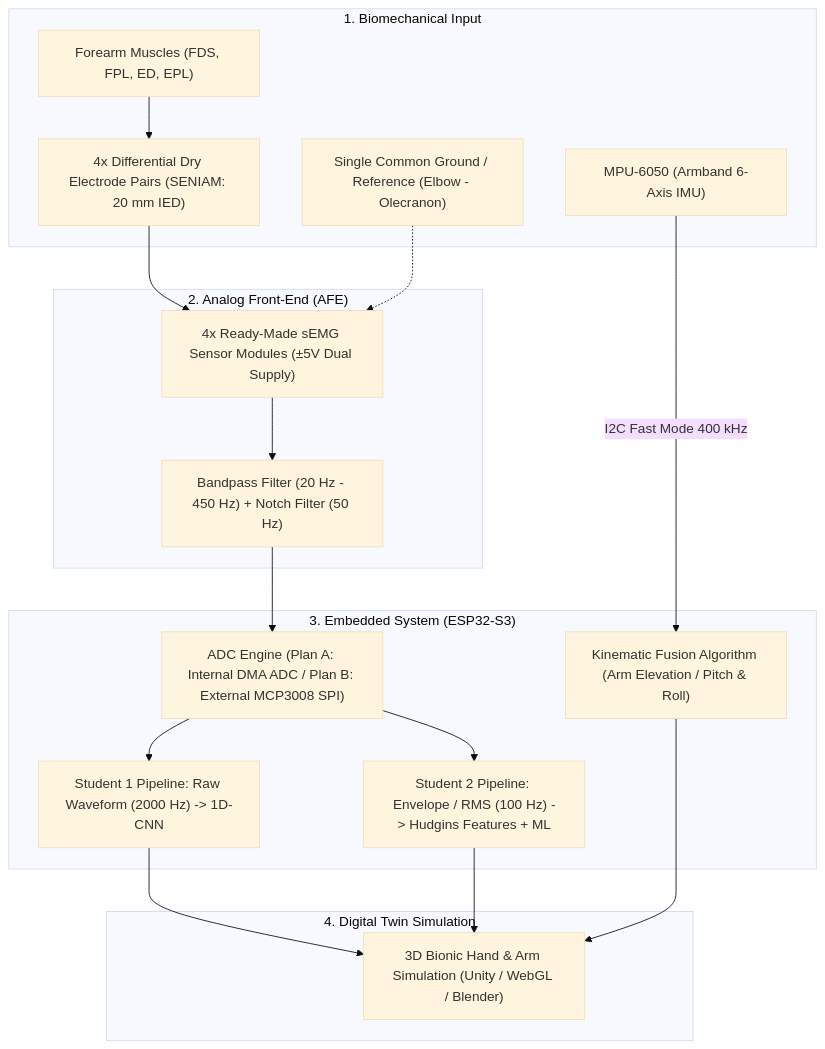
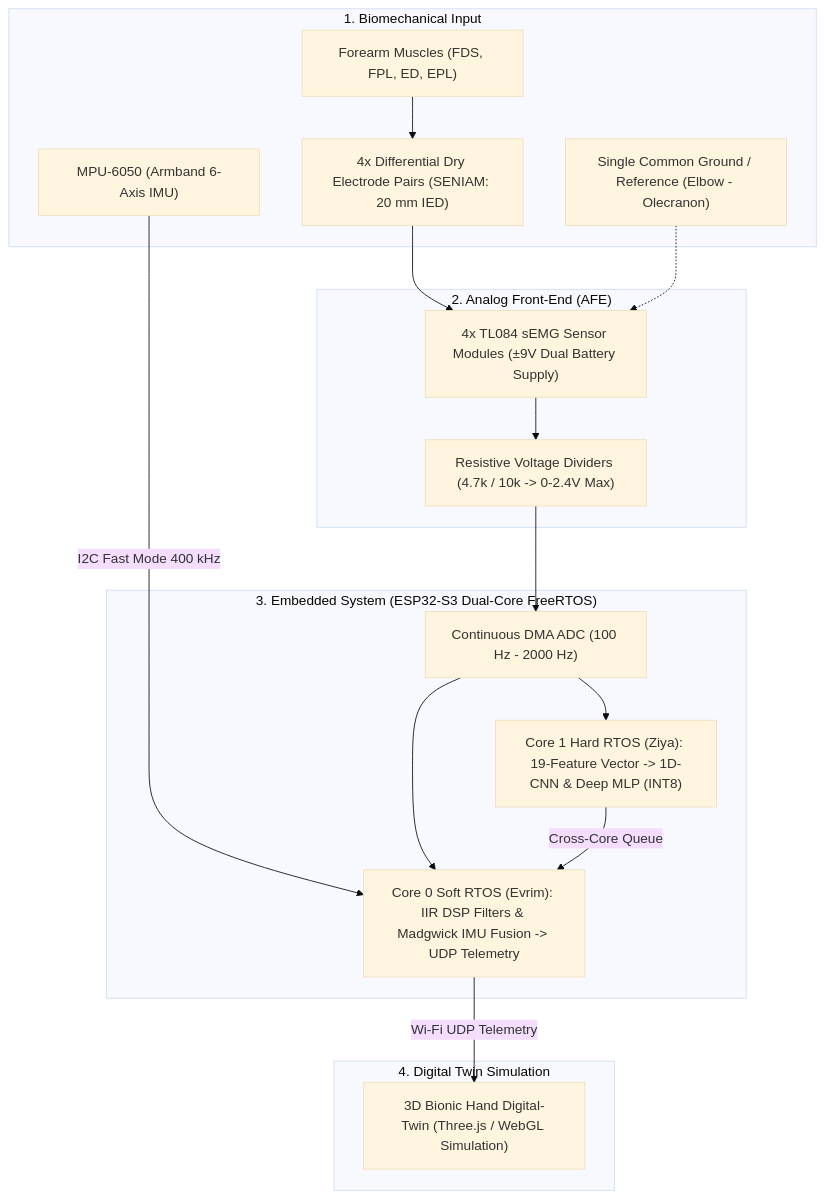
The diagram in README.md (nziyak/nuada-bionic-hand-tinyml), drawn with Mermaid (base theme) before and after one commit. The commit also changed other lines of this file, not shown here.

Commit message:
docs(readme): update system architecture diagram and repository tree to match final hardware/software implementation

````diff
--- a/README.md
+++ b/README.md
@@ -35,37 +35,35 @@
 ```mermaid
 graph TD
     subgraph INPUT_STAGE ["1. Biomechanical Input"]
         MUSCLE["Forearm Muscles (FDS, FPL, ED, EPL)"]
         DRY["4x Differential Dry Electrode Pairs (SENIAM: 20 mm IED)"]
         REF["Single Common Ground / Reference (Elbow - Olecranon)"]
         IMU_CHIP["MPU-6050 (Armband 6-Axis IMU)"]
     end
 
     subgraph AFE_STAGE ["2. Analog Front-End (AFE)"]
-        AMP["4x Ready-Made sEMG Sensor Modules (±5V Dual Supply)"]
-        FILTER["Bandpass Filter (20 Hz - 450 Hz) + Notch Filter (50 Hz)"]
+        AMP["4x TL084 sEMG Sensor Modules (±9V Dual Battery Supply)"]
+        DIVIDER["Resistive Voltage Dividers (4.7k / 10k -> 0-2.4V Max)"]
     end
 
-    subgraph MCU_STAGE ["3. Embedded System (ESP32-S3)"]
-        ADC_ENGINE["ADC Engine (Plan A: Internal DMA ADC / Plan B: External MCP3008 SPI)"]
-        RAW_PIPE["Student 1 Pipeline: Raw Waveform (2000 Hz) -> 1D-CNN"]
-        DSP_PIPE["Student 2 Pipeline: Envelope / RMS (100 Hz) -> Hudgins Features + ML"]
-        IMU_FUSION["Kinematic Fusion Algorithm (Arm Elevation / Pitch & Roll)"]
+    subgraph MCU_STAGE ["3. Embedded System (ESP32-S3 Dual-Core FreeRTOS)"]
+        ADC_ENGINE["Continuous DMA ADC (100 Hz - 2000 Hz)"]
+        ZIYA_PIPE["Core 1 Hard RTOS (Ziya): 19-Feature Vector -> 1D-CNN & Deep MLP (INT8)"]
+        EVRIM_PIPE["Core 0 Soft RTOS (Evrim): IIR DSP Filters & Madgwick IMU Fusion -> UDP Telemetry"]
     end
 
     subgraph OUTPUT_STAGE ["4. Digital Twin Simulation"]
-        SIM["3D Bionic Hand & Arm Simulation (Unity / WebGL / Blender)"]
+        SIM["3D Bionic Hand Digital-Twin (Three.js / WebGL Simulation)"]
     end
 
     MUSCLE --> DRY
     DRY --> AMP
     REF -.-> AMP
-    AMP --> FILTER
-    FILTER --> ADC_ENGINE
-    IMU_CHIP -->|I2C Fast Mode 400 kHz| IMU_FUSION
-    ADC_ENGINE --> RAW_PIPE
-    ADC_ENGINE --> DSP_PIPE
-    RAW_PIPE --> SIM
-    DSP_PIPE --> SIM
-    IMU_FUSION --> SIM
+    AMP --> DIVIDER
+    DIVIDER --> ADC_ENGINE
+    IMU_CHIP -->|I2C Fast Mode 400 kHz| EVRIM_PIPE
+    ADC_ENGINE --> ZIYA_PIPE
+    ADC_ENGINE --> EVRIM_PIPE
+    ZIYA_PIPE -->|Cross-Core Queue| EVRIM_PIPE
+    EVRIM_PIPE -->|Wi-Fi UDP Telemetry| SIM
 ```
````
